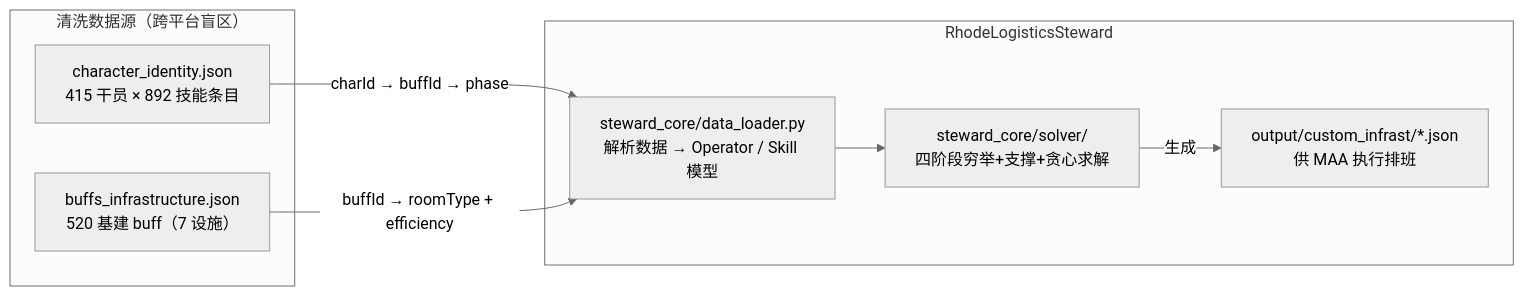
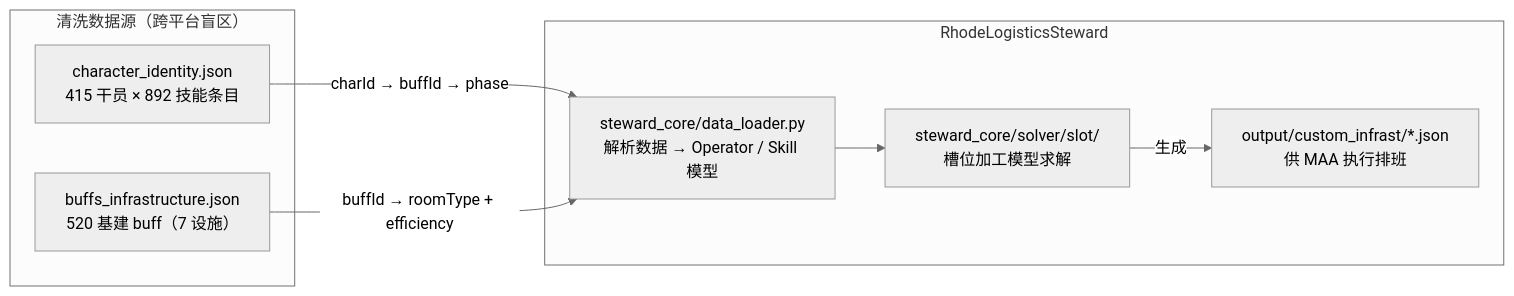
The first of 3 diagrams in docs/constraints-and-data-baseline.md (Pegaiur/RhodeLogisticsSteward), drawn with Mermaid (neutral theme) before and after one commit. The commit also changed other lines of this file, not shown here.

````diff
--- a/docs/constraints-and-data-baseline.md
+++ b/docs/constraints-and-data-baseline.md
@@ -9,16 +9,16 @@
 ```mermaid
 flowchart LR
     subgraph 数据源["清洗数据源（跨平台盲区）"]
         A["character_identity.json<br/>415 干员 × 892 技能条目"]
         B["buffs_infrastructure.json<br/>520 基建 buff（7 设施）"]
     end
     subgraph 本项目["RhodeLogisticsSteward"]
         C["steward_core/data_loader.py<br/>解析数据 → Operator / Skill 模型"]
-        D["steward_core/solver/<br/>四阶段穷举+支撑+贪心求解"]
+        D["steward_core/solver/slot/<br/>槽位加工模型求解"]
         E["output/custom_infrast/*.json<br/>供 MAA 执行排班"]
     end
     A -->|"charId → buffId → phase"| C
     B -->|"buffId → roomType + efficiency"| C
     C --> D
     D -->|"生成"| E
 ```
````
